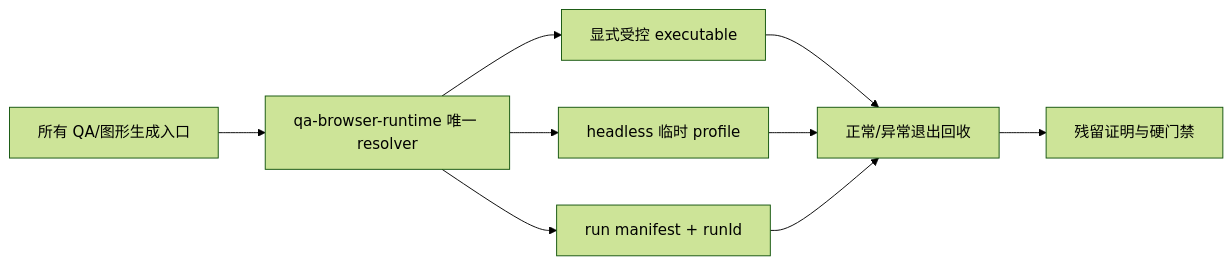
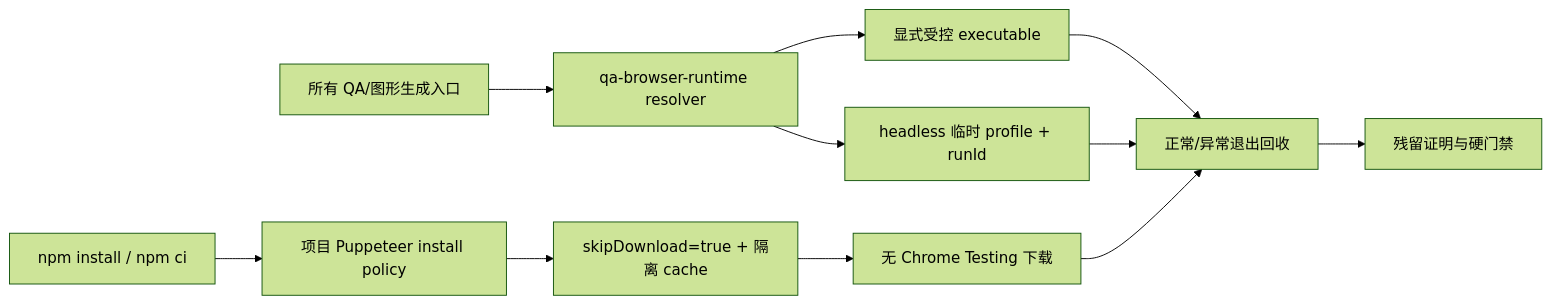
Before and after one commit to xingbuild/xingbuild: the diagram in docs/iterations/current.md, drawn with Mermaid (forest theme). The commit also changed other lines of this file and 11 other files, not shown here.

````diff
--- a/docs/iterations/current.md
+++ b/docs/iterations/current.md
@@ -15,11 +15,13 @@
 ```mermaid
 flowchart LR
-  A[所有 QA/图形生成入口] --> B[qa-browser-runtime 唯一 resolver]
-  B --> C[显式受控 executable]
-  B --> D[headless 临时 profile]
-  B --> E[run manifest + runId]
-  C --> F[正常/异常退出回收]
-  D --> F
-  E --> F
-  F --> G[残留证明与硬门禁]
+  A[npm install / npm ci] --> B[项目 Puppeteer install policy]
+  B --> C[skipDownload=true + 隔离 cache]
+  C --> D[无 Chrome Testing 下载]
+  E[所有 QA/图形生成入口] --> F[qa-browser-runtime resolver]
+  F --> G[显式受控 executable]
+  F --> H[headless 临时 profile + runId]
+  G --> I[正常/异常退出回收]
+  H --> I
+  D --> I
+  I --> J[残留证明与硬门禁]
 ```
````
